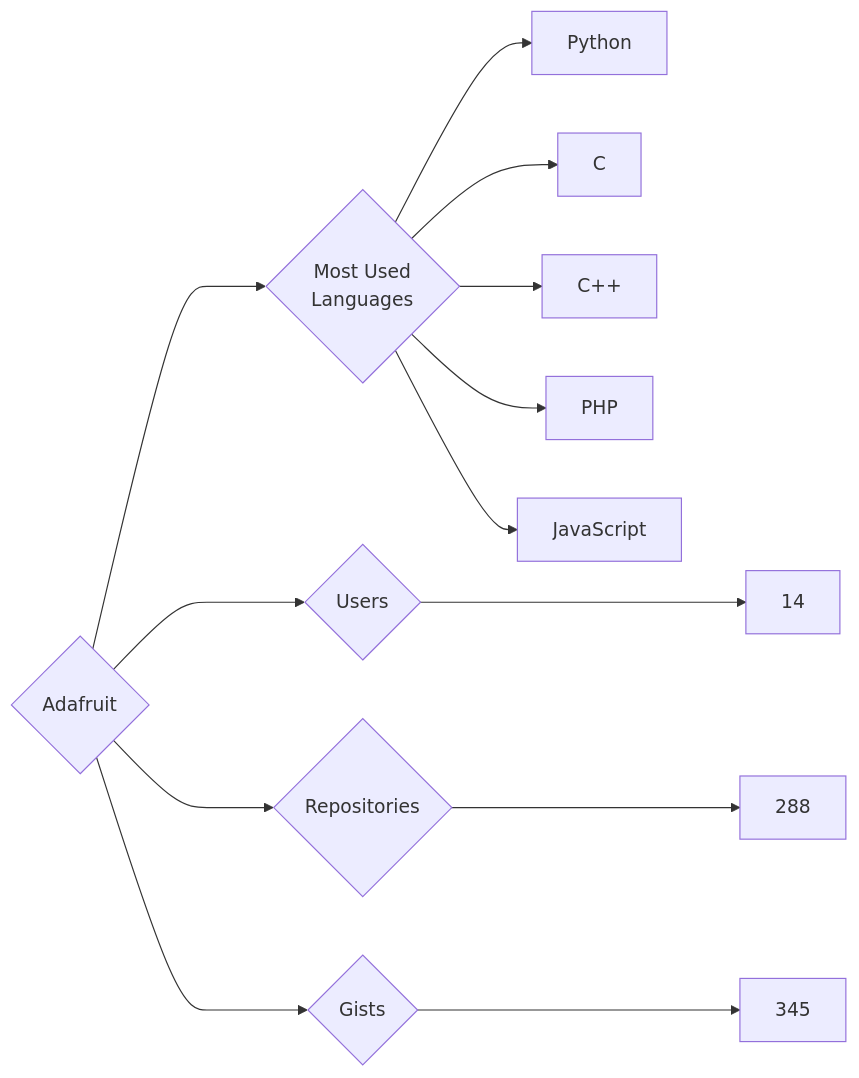
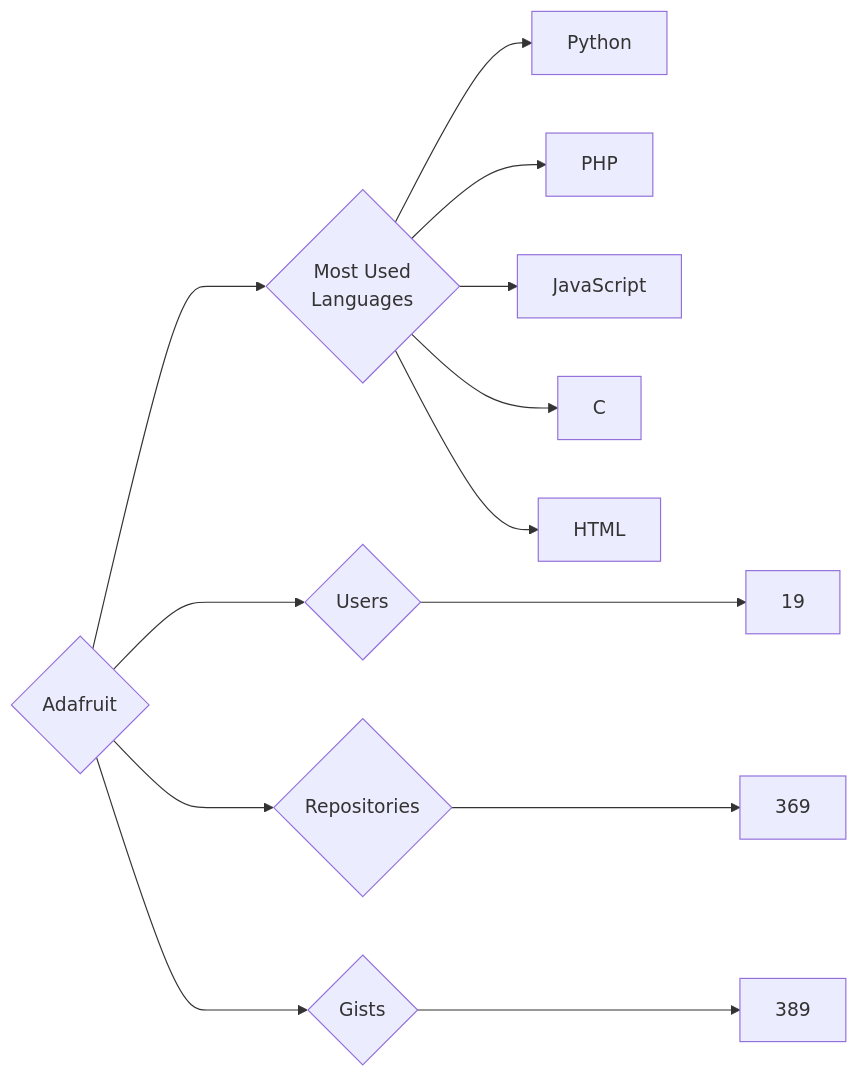
The diagram in targets/Adafruit/README.md (trickest/insiders), drawn with Mermaid before and after one commit. The commit also changed 782 other files, not shown here.

````diff
--- a/targets/Adafruit/README.md
+++ b/targets/Adafruit/README.md
@@ -3,13 +3,13 @@
 ```mermaid
 graph LR
 COMPANY_NAME{Adafruit}
-COMPANY_NAME ---> U{Users} ---> UN[14]
-COMPANY_NAME ---> R{Repositories} ---> RN[288]
-COMPANY_NAME ---> G{Gists} ---> GN[345]
+COMPANY_NAME ---> U{Users} ---> UN[19]
+COMPANY_NAME ---> R{Repositories} ---> RN[369]
+COMPANY_NAME ---> G{Gists} ---> GN[389]
 COMPANY_NAME ---> ML{Most Used<br>Languages}
 ML --> Python[Python]
-ML --> C[C]
-ML --> C++[C++]
 ML --> PHP[PHP]
 ML --> JavaScript[JavaScript]
+ML --> C[C]
+ML --> HTML[HTML]
 ```
````
